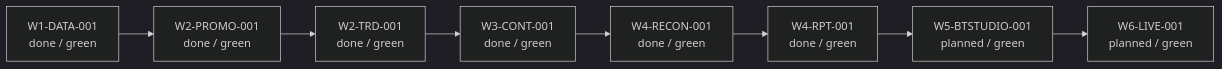
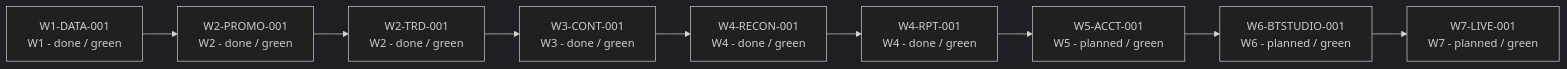
Before and after one commit to rodoHasArrived/Meridian-main: the diagram in docs/architecture/diagrams/meridian-development-roadmap.mmd, drawn with Mermaid (dark theme). The commit also changed 78 other files, not shown here.

```diff
--- a/docs/architecture/diagrams/meridian-development-roadmap.mmd
+++ b/docs/architecture/diagrams/meridian-development-roadmap.mmd
@@ -1,16 +1,18 @@
 flowchart LR
-  W1_DATA_001["W1-DATA-001\ndone / green"]
-  W2_PROMO_001["W2-PROMO-001\ndone / green"]
+  W1_DATA_001["W1-DATA-001\nW1 - done / green"]
+  W2_PROMO_001["W2-PROMO-001\nW2 - done / green"]
   W1_DATA_001 --> W2_PROMO_001
-  W2_TRD_001["W2-TRD-001\ndone / green"]
+  W2_TRD_001["W2-TRD-001\nW2 - done / green"]
   W2_PROMO_001 --> W2_TRD_001
-  W3_CONT_001["W3-CONT-001\ndone / green"]
+  W3_CONT_001["W3-CONT-001\nW3 - done / green"]
   W2_TRD_001 --> W3_CONT_001
-  W4_RECON_001["W4-RECON-001\ndone / green"]
+  W4_RECON_001["W4-RECON-001\nW4 - done / green"]
   W3_CONT_001 --> W4_RECON_001
-  W4_RPT_001["W4-RPT-001\ndone / green"]
+  W4_RPT_001["W4-RPT-001\nW4 - done / green"]
   W4_RECON_001 --> W4_RPT_001
-  W5_BTSTUDIO_001["W5-BTSTUDIO-001\nplanned / green"]
-  W4_RPT_001 --> W5_BTSTUDIO_001
-  W6_LIVE_001["W6-LIVE-001\nplanned / green"]
-  W5_BTSTUDIO_001 --> W6_LIVE_001
+  W5_ACCT_001["W5-ACCT-001\nW5 - planned / green"]
+  W4_RPT_001 --> W5_ACCT_001
+  W6_BTSTUDIO_001["W6-BTSTUDIO-001\nW6 - planned / green"]
+  W5_ACCT_001 --> W6_BTSTUDIO_001
+  W7_LIVE_001["W7-LIVE-001\nW7 - planned / green"]
+  W6_BTSTUDIO_001 --> W7_LIVE_001
```
